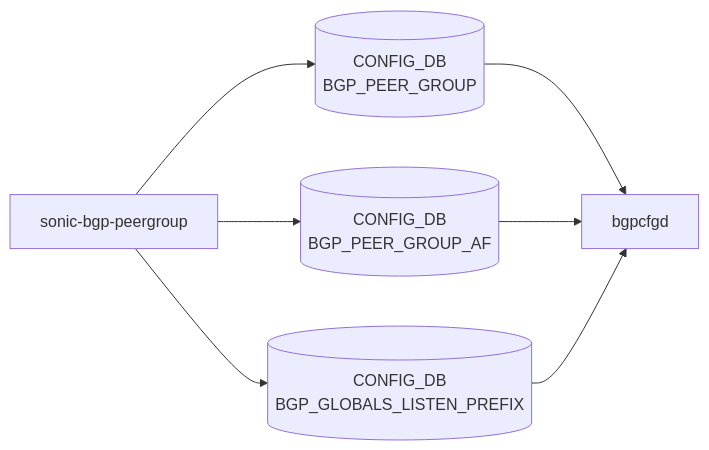
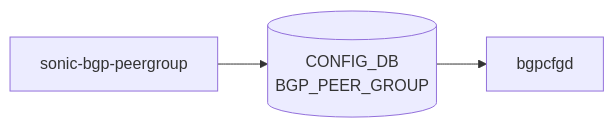
Before and after one commit to aoki-taquan/sonic-unofficial-docs: the diagram in docs/reference/yang/sonic-bgp-peergroup.md, drawn with Mermaid. The commit also changed 19 other files, not shown here.

````diff
--- a/docs/reference/yang/sonic-bgp-peergroup.md
+++ b/docs/reference/yang/sonic-bgp-peergroup.md
@@ -32,14 +32,8 @@
 ```mermaid
 flowchart LR
   Y["sonic-bgp-peergroup"]
   C1[("CONFIG_DB<br/>BGP_PEER_GROUP")]
-  C2[("CONFIG_DB<br/>BGP_PEER_GROUP_AF")]
-  C3[("CONFIG_DB<br/>BGP_GLOBALS_LISTEN_PREFIX")]
   Y --> C1
-  Y --> C2
-  Y --> C3
   D1["bgpcfgd"]
   C1 --> D1
-  C2 --> D1
-  C3 --> D1
 ```
````
